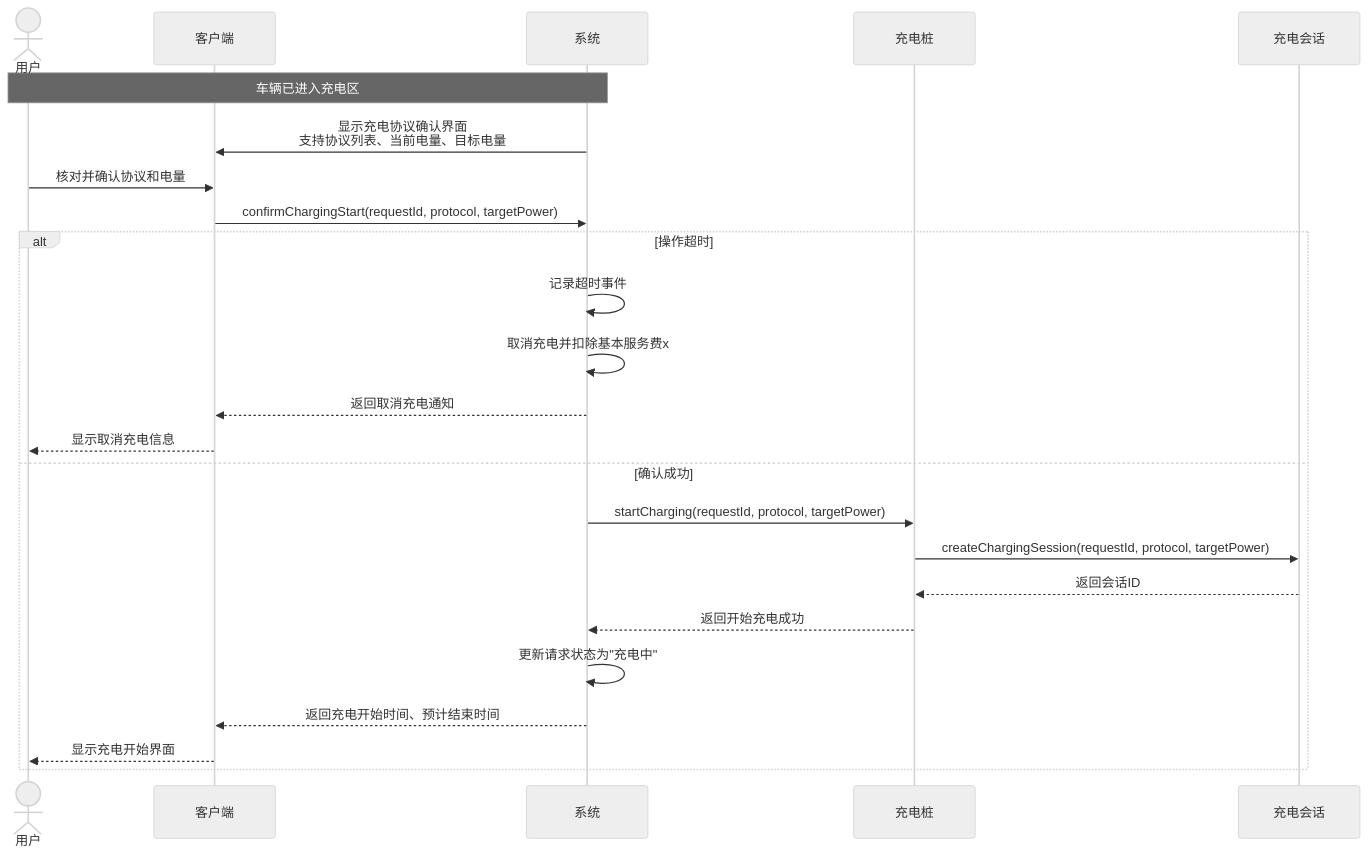
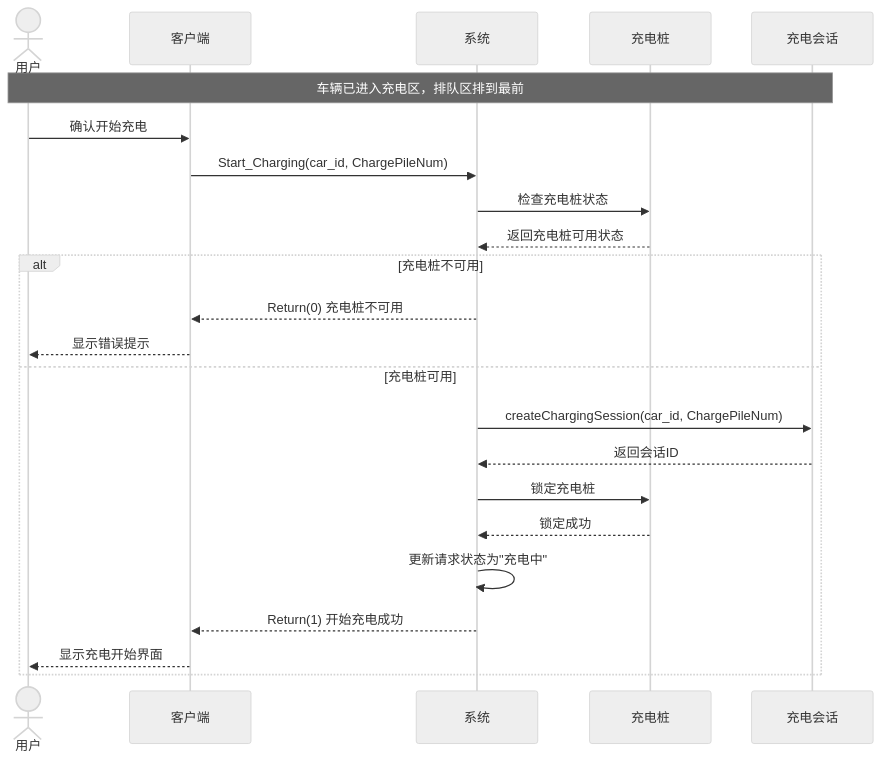
One commit to DuHaoyang626/charge-system changed the fifth of 19 diagrams in docs/用例模型.md. Above: the diagram before and after it, drawn with Mermaid (neutral theme). The commit also changed other lines of this file and 4 other files, not shown here.

````diff
--- a/docs/用例模型.md
+++ b/docs/用例模型.md
@@ -148,30 +267,31 @@
 ```mermaid
 sequenceDiagram
     actor User as 用户
     participant Client as 客户端
     participant System as 系统
     participant Pile as 充电桩
     participant Session as 充电会话
     
-    Note over User,System: 车辆已进入充电区
+    Note over User,Session: 车辆已进入充电区，排队区排到最前
     
-    System->>Client: 显示充电协议确认界面<br/>支持协议列表、当前电量、目标电量
-    User->>Client: 核对并确认协议和电量
-    Client->>System: confirmChargingStart(requestId, protocol, targetPower)
+    User->>Client: 确认开始充电
+    Client->>System: Start_Charging(car_id, ChargePileNum)
     
-    alt 操作超时
-        System->>System: 记录超时事件
-        System->>System: 取消充电并扣除基本服务费x
-        System-->>Client: 返回取消充电通知
-        Client-->>User: 显示取消充电信息
-    else 确认成功
-      System->>Pile: startCharging(requestId, protocol, targetPower)
-      Pile->>Session: createChargingSession(requestId, protocol, targetPower)
-      Session-->>Pile: 返回会话ID
-      Pile-->>System: 返回开始充电成功
+    System->>Pile: 检查充电桩状态
+    Pile-->>System: 返回充电桩可用状态
+    
+    alt 充电桩不可用
+        System-->>Client: Return(0) 充电桩不可用
+        Client-->>User: 显示错误提示
+    else 充电桩可用
+        System->>Session: createChargingSession(car_id, ChargePileNum)
+        Session-->>System: 返回会话ID
         
-      System->>System: 更新请求状态为"充电中"
-      System-->>Client: 返回充电开始时间、预计结束时间
-      Client-->>User: 显示充电开始界面
+        System->>Pile: 锁定充电桩
+        Pile-->>System: 锁定成功
+        
+        System->>System: 更新请求状态为"充电中"
+        System-->>Client: Return(1) 开始充电成功
+        Client-->>User: 显示充电开始界面
     end
 ```
````
